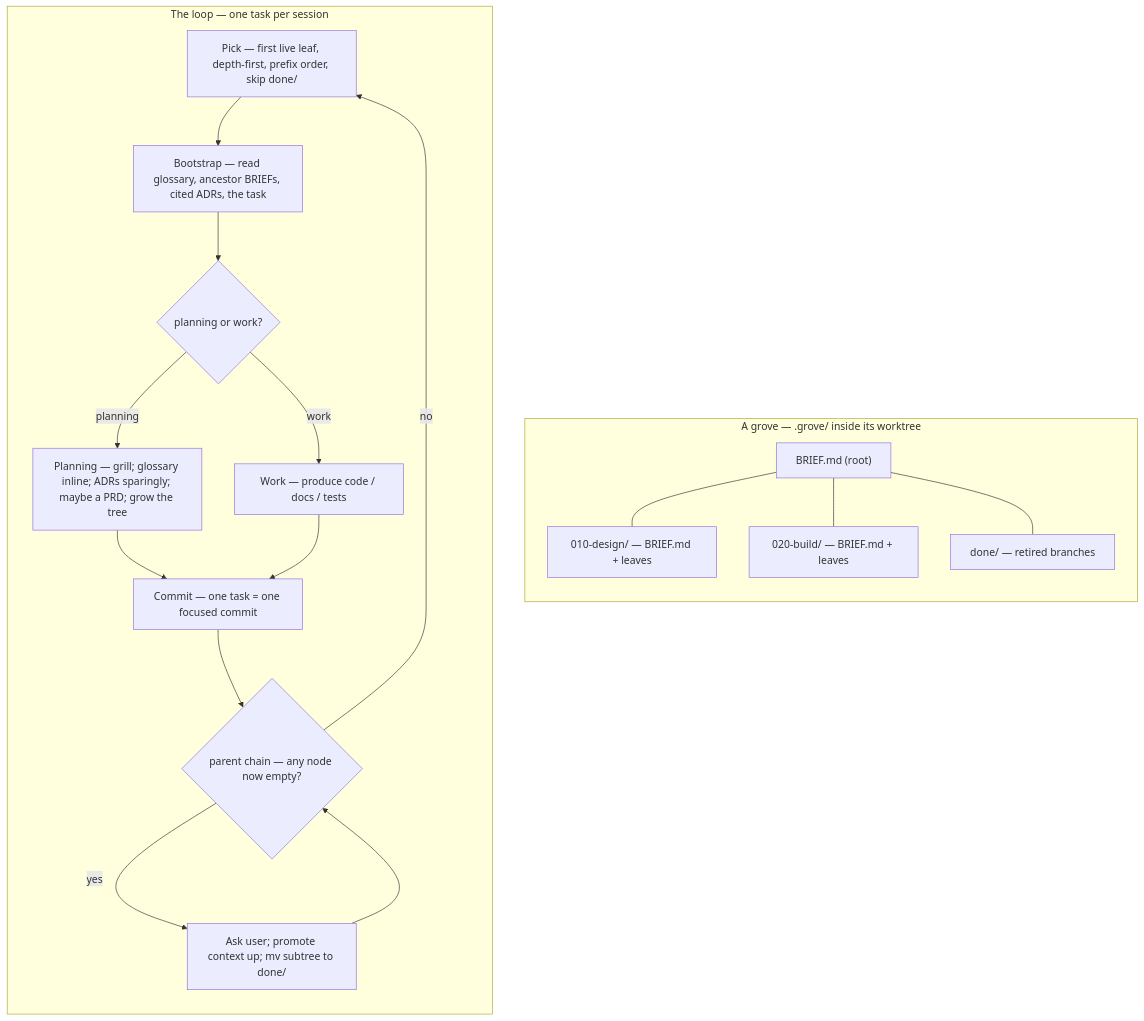
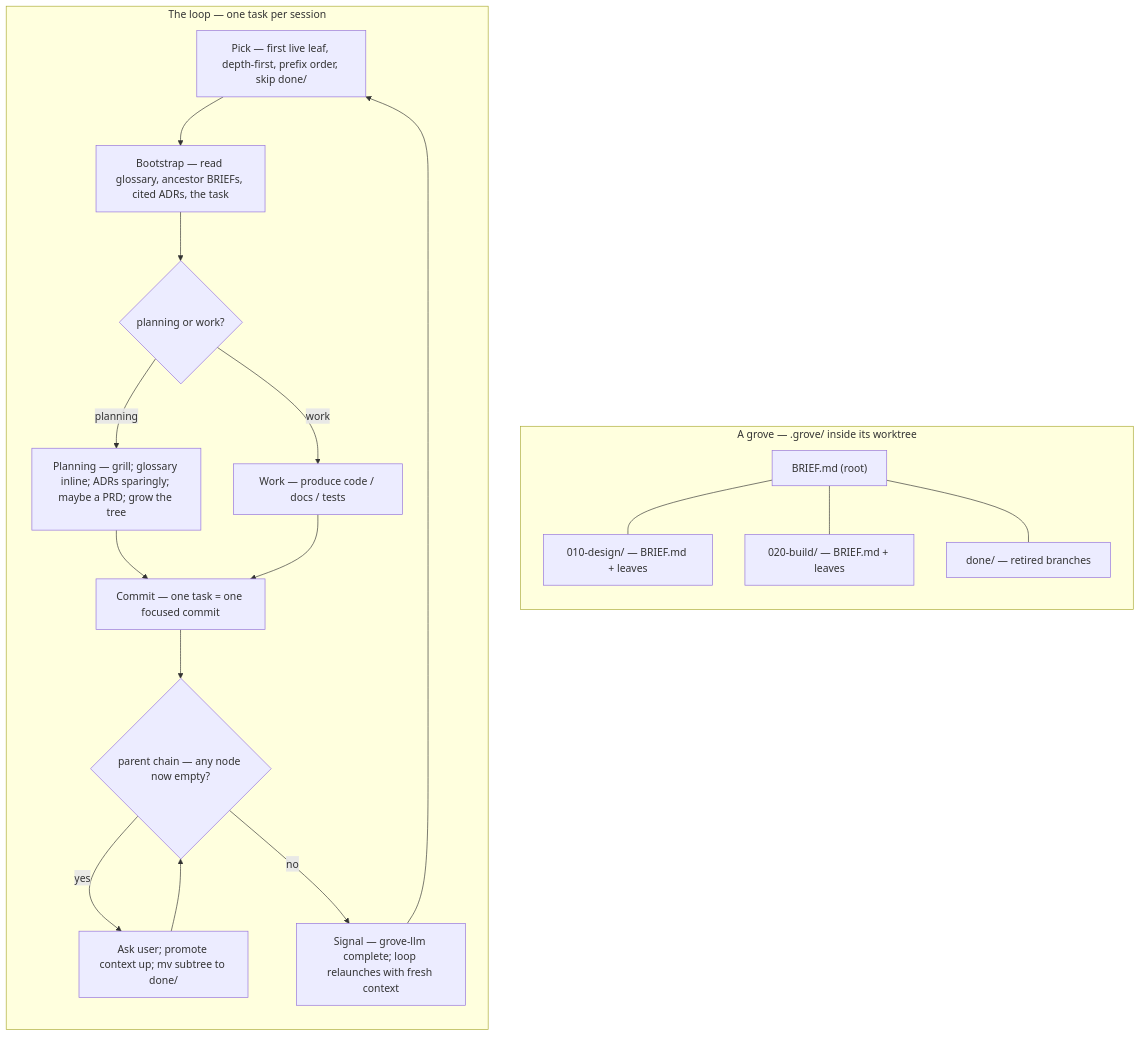
Before and after one commit to Linkuistics/grove: the diagram in content/SKILL.md, drawn with Mermaid. The commit also changed other lines of this file and 13 other files, not shown here.

````diff
--- a/content/SKILL.md
+++ b/content/SKILL.md
@@ -13,30 +13,31 @@
 ```mermaid
 flowchart TD
   subgraph tree["A grove — .grove/ inside its worktree"]
     direction TB
     root["BRIEF.md (root)"]
     n1["010-design/ — BRIEF.md + leaves"]
     n2["020-build/ — BRIEF.md + leaves"]
     done["done/ — retired branches"]
     root --- n1
     root --- n2
     root --- done
   end
   subgraph loop["The loop — one task per session"]
     direction TB
     pick["Pick — first live leaf, depth-first, prefix order, skip done/"]
     boot["Bootstrap — read glossary, ancestor BRIEFs, cited ADRs, the task"]
     exec{"planning or work?"}
     plan["Planning — grill; glossary inline; ADRs sparingly; maybe a PRD; grow the tree"]
     work["Work — produce code / docs / tests"]
     commit["Commit — one task = one focused commit"]
     retire{"parent chain — any node now empty?"}
     ret["Ask user; promote context up; mv subtree to done/"]
+    signal["Signal — grove-llm complete; loop relaunches with fresh context"]
     pick --> boot --> exec
     exec -->|planning| plan --> commit
     exec -->|work| work --> commit
     commit --> retire
     retire -->|yes| ret --> retire
-    retire -->|no| pick
+    retire -->|no| signal --> pick
   end
 ```
````
